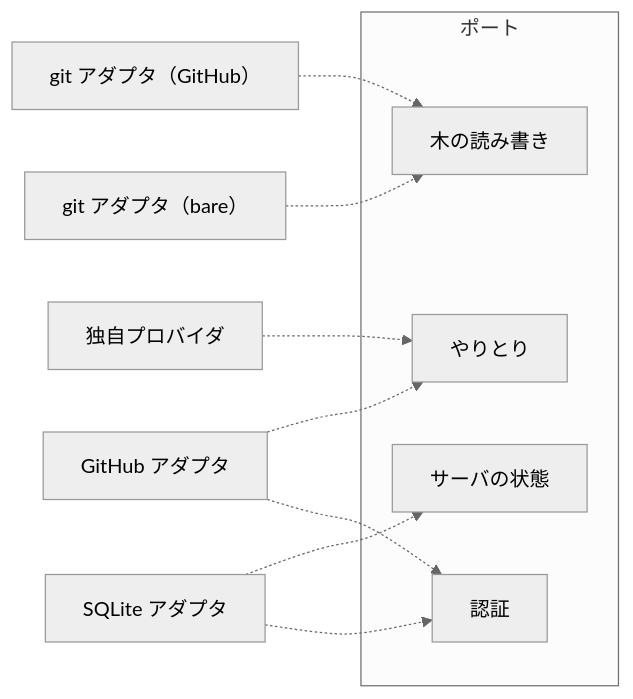
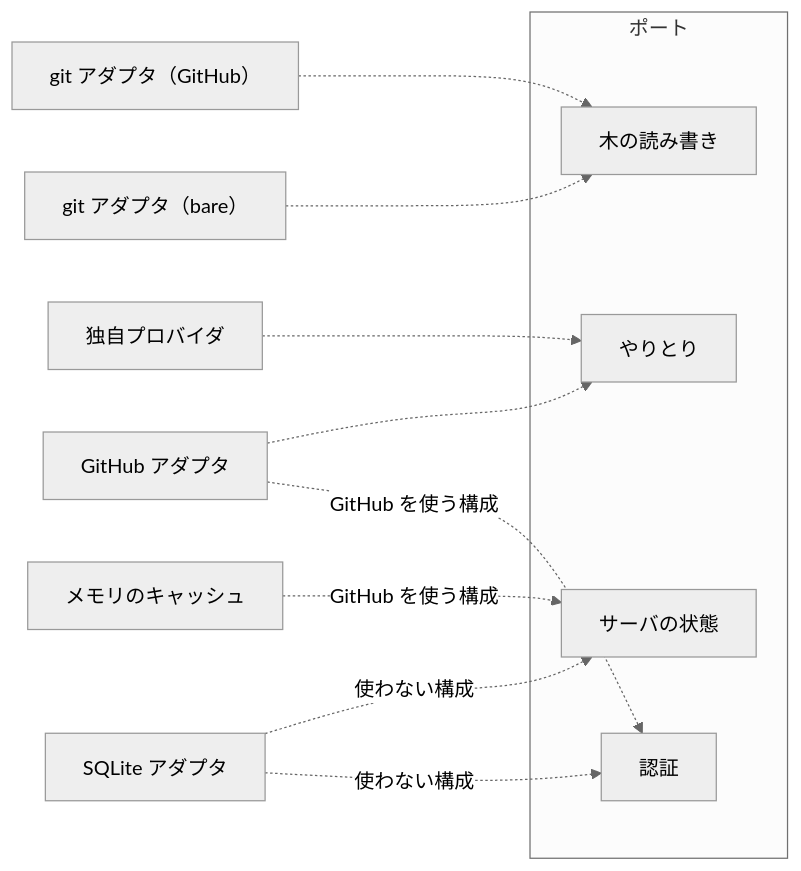
One commit to yamambainc/logiforge changed the diagram in design/backend/ports/README.md. Above: the diagram before and after it, drawn with Mermaid (neutral theme). The commit also changed other lines of this file and 16 other files, not shown here.

First line of the commit message:
design: GitHub を使う構成から SQLite をなくし、レビューの指摘を直した

````diff
--- a/design/backend/ports/README.md
+++ b/design/backend/ports/README.md
@@ -17,16 +17,17 @@
 ```mermaid
 flowchart LR
   subgraph PT["ポート"]
     P1["木の読み書き"]
     P2["やりとり"]
     P3["サーバの状態"]
     P4["認証"]
   end
   GITR["git アダプタ（GitHub）"] -.-> P1
   GITL["git アダプタ（bare）"] -.-> P1
   GH["GitHub アダプタ"] -.-> P2
   NA["独自プロバイダ"] -.-> P2
-  SQ["SQLite アダプタ"] -.-> P3
-  GH -.-> P4
-  SQ -.-> P4
+  MEM["メモリのキャッシュ"] -.->|GitHub を使う構成| P3
+  SQ["SQLite アダプタ"] -.->|使わない構成| P3
+  GH -.->|GitHub を使う構成| P4
+  SQ -.->|使わない構成| P4
 ```
````
